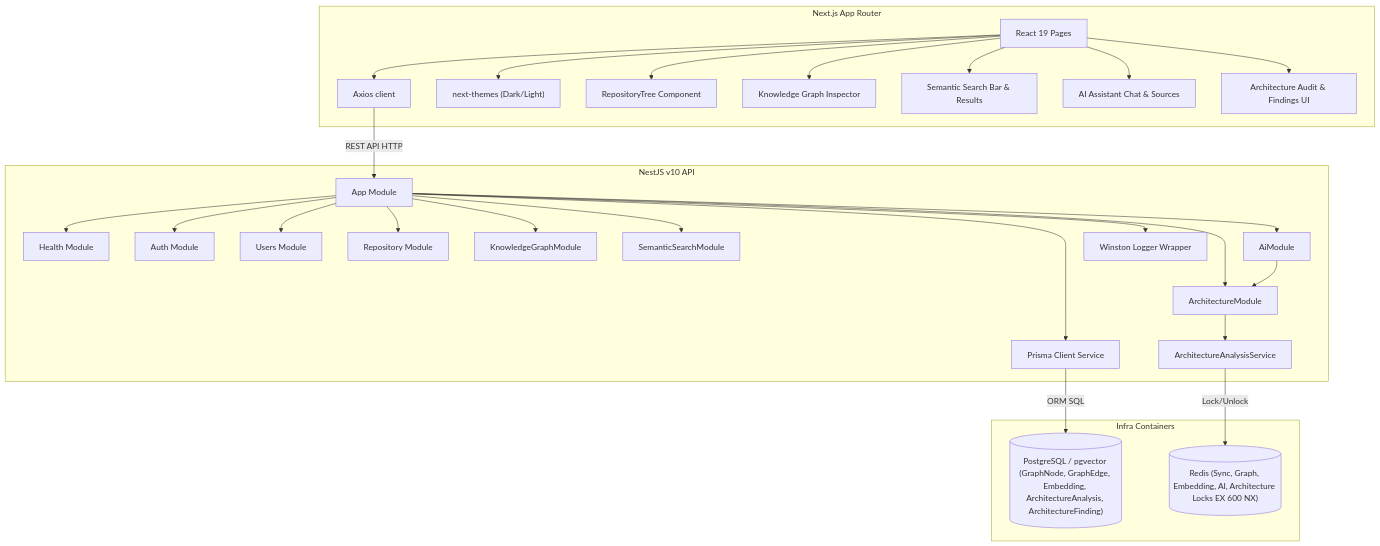
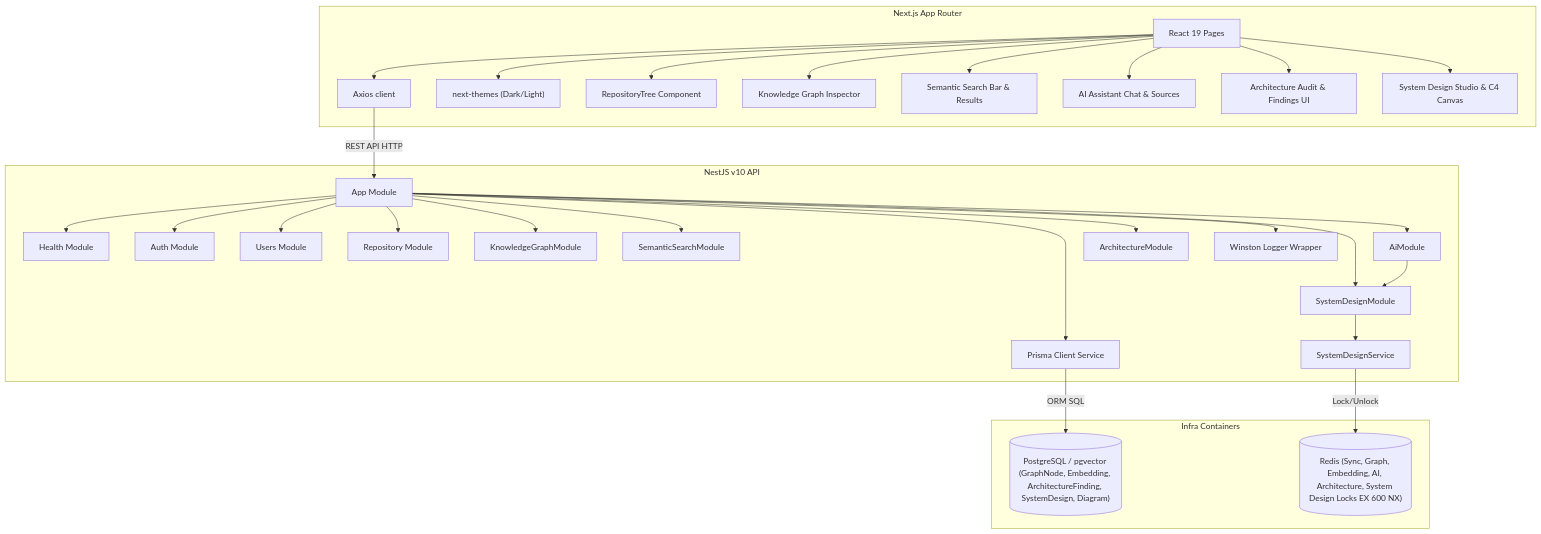
One commit to TROJAN1HAMMER/ArchitectureAI changed the diagram in README.md. Above: the diagram before and after it, drawn with Mermaid. The commit also changed other lines of this file and 41 other files, not shown here.

First line of the commit message:
feat(system-design): add interactive system design studio

````diff
--- a/README.md
+++ b/README.md
@@ -51,59 +53,63 @@
 ```mermaid
 graph TD
     subgraph Frontend ["Next.js App Router"]
         UI["React 19 Pages"]
         Axios["Axios client"]
         Theme["next-themes (Dark/Light)"]
         TreeUI["RepositoryTree Component"]
         GraphUI["Knowledge Graph Inspector"]
         SearchUI["Semantic Search Bar & Results"]
         AIChatUI["AI Assistant Chat & Sources"]
         ArchUI["Architecture Audit & Findings UI"]
+        SysDesignUI["System Design Studio & C4 Canvas"]
 
         UI --> Axios
         UI --> Theme
         UI --> TreeUI
         UI --> GraphUI
         UI --> SearchUI
         UI --> AIChatUI
         UI --> ArchUI
+        UI --> SysDesignUI
     end
 
     subgraph Backend ["NestJS v10 API"]
         App["App Module"]
         Health["Health Module"]
         Auth["Auth Module"]
         Users["Users Module"]
         Repo["Repository Module"]
         GraphModule["KnowledgeGraphModule"]
         SemanticSearchModule["SemanticSearchModule"]
         AiModule["AiModule"]
         ArchModule["ArchitectureModule"]
-        ArchAnalysis["ArchitectureAnalysisService"]
+        SysDesignModule["SystemDesignModule"]
+        SysDesignService["SystemDesignService"]
         PrismaService["Prisma Client Service"]
         LoggerService["Winston Logger Wrapper"]
 
         App --> Health
         App --> Auth
         App --> Users
         App --> Repo
         App --> GraphModule
         App --> SemanticSearchModule
         App --> AiModule
         App --> ArchModule
+        App --> SysDesignModule
         App --> PrismaService
         App --> LoggerService
 
-        ArchModule --> ArchAnalysis
-        AiModule --> ArchModule
+        SysDesignModule --> SysDesignService
+        AiModule --> SysDesignModule
     end
 
     subgraph Persistence ["Infra Containers"]
-        Postgres[("PostgreSQL / pgvector (GraphNode, GraphEdge, Embedding, ArchitectureAnalysis, ArchitectureFinding)")]
-        Redis[("Redis (Sync, Graph, Embedding, AI, Architecture Locks EX 600 NX)")]
+        Postgres[("PostgreSQL / pgvector (GraphNode, Embedding, ArchitectureFinding, SystemDesign, Diagram)")]
+        Redis[("Redis (Sync, Graph, Embedding, AI, Architecture, System Design Locks EX 600 NX)")]
     end
 
     Axios -->|REST API HTTP| App
     PrismaService -->|ORM SQL| Postgres
-    ArchAnalysis -->|Lock/Unlock| Redis
+    SysDesignService -->|Lock/Unlock| Redis
 ```
````
